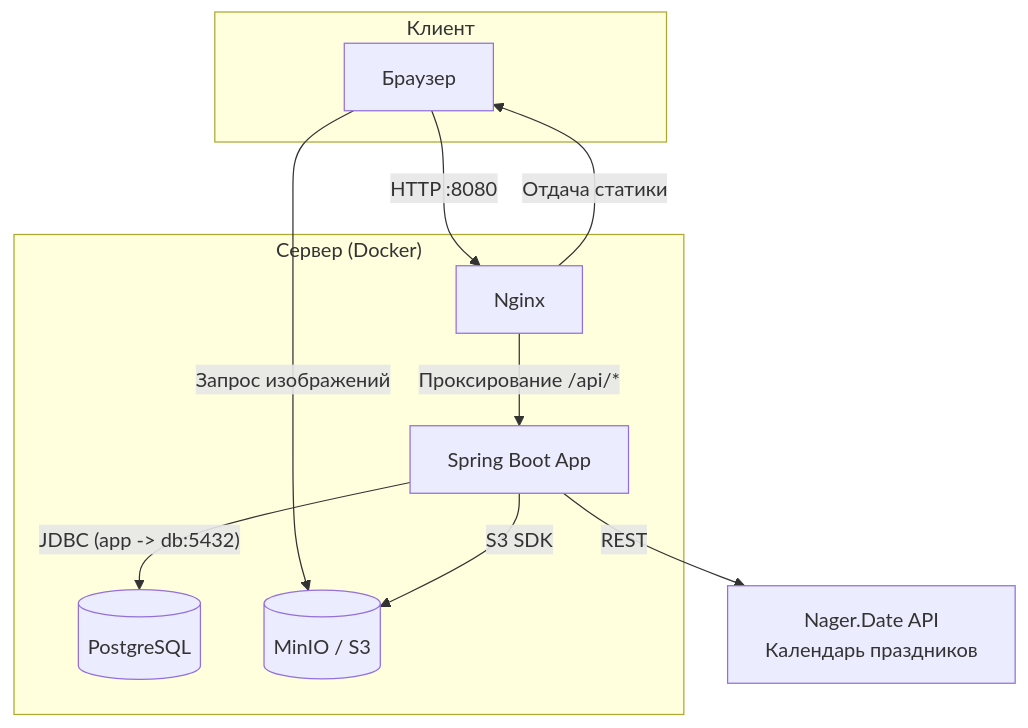
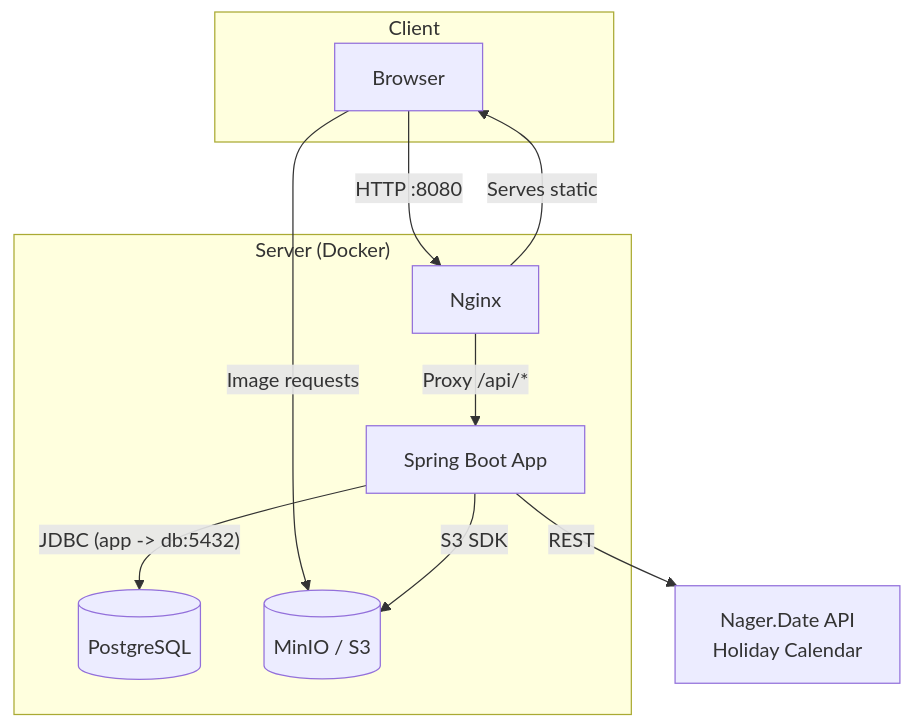
One commit to IWKMS99/RoomFlow changed the diagram in README.md. Above: the diagram before and after it, drawn with Mermaid. The commit also changed other lines of this file, not shown here.

````diff
--- a/README.md
+++ b/README.md
@@ -56,24 +51,20 @@
 ```mermaid
 graph TD
-    subgraph "Клиент"
-        Browser[Браузер]
+    subgraph "Client"
+        Browser[Browser]
     end
-
-    subgraph "Сервер (Docker)"
+    subgraph "Server (Docker)"
         Nginx[Nginx]
         App[Spring Boot App]
         DB[(PostgreSQL)]
         S3[(MinIO / S3)]
     end
-
-    External[Nager.Date API<br>Календарь праздников]
-
+    External[Nager.Date API<br>Holiday Calendar]
     Browser -- "HTTP :8080" --> Nginx
-    Nginx -- "Отдача статики" --> Browser
-    Nginx -- "Проксирование /api/*" --> App
-    Browser -- "Запрос изображений" --> S3
-
+    Nginx -- "Serves static" --> Browser
+    Nginx -- "Proxy /api/*" --> App
+    Browser -- "Image requests" --> S3
     App -- "JDBC (app -> db:5432)" --> DB
     App -- "S3 SDK" --> S3
     App -- "REST" --> External
 ```
````
